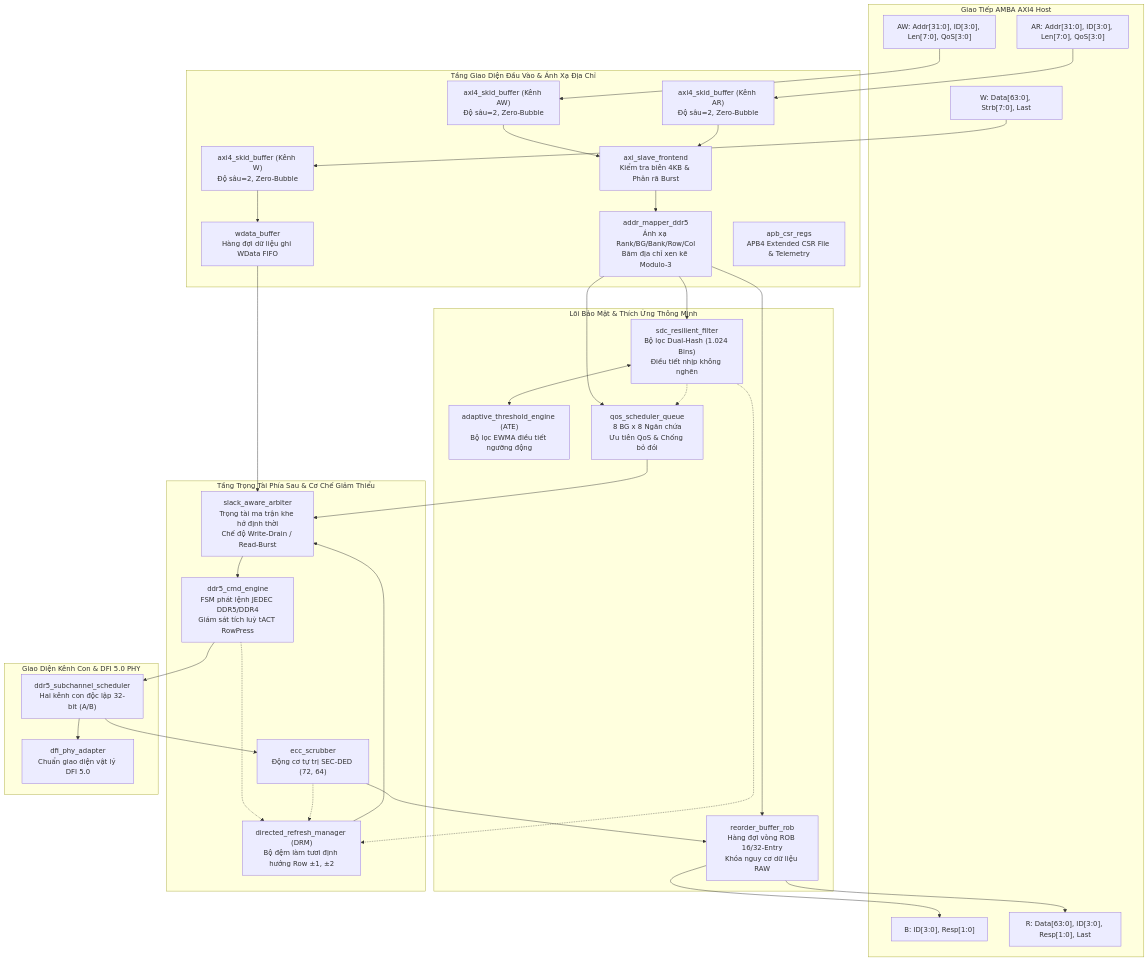
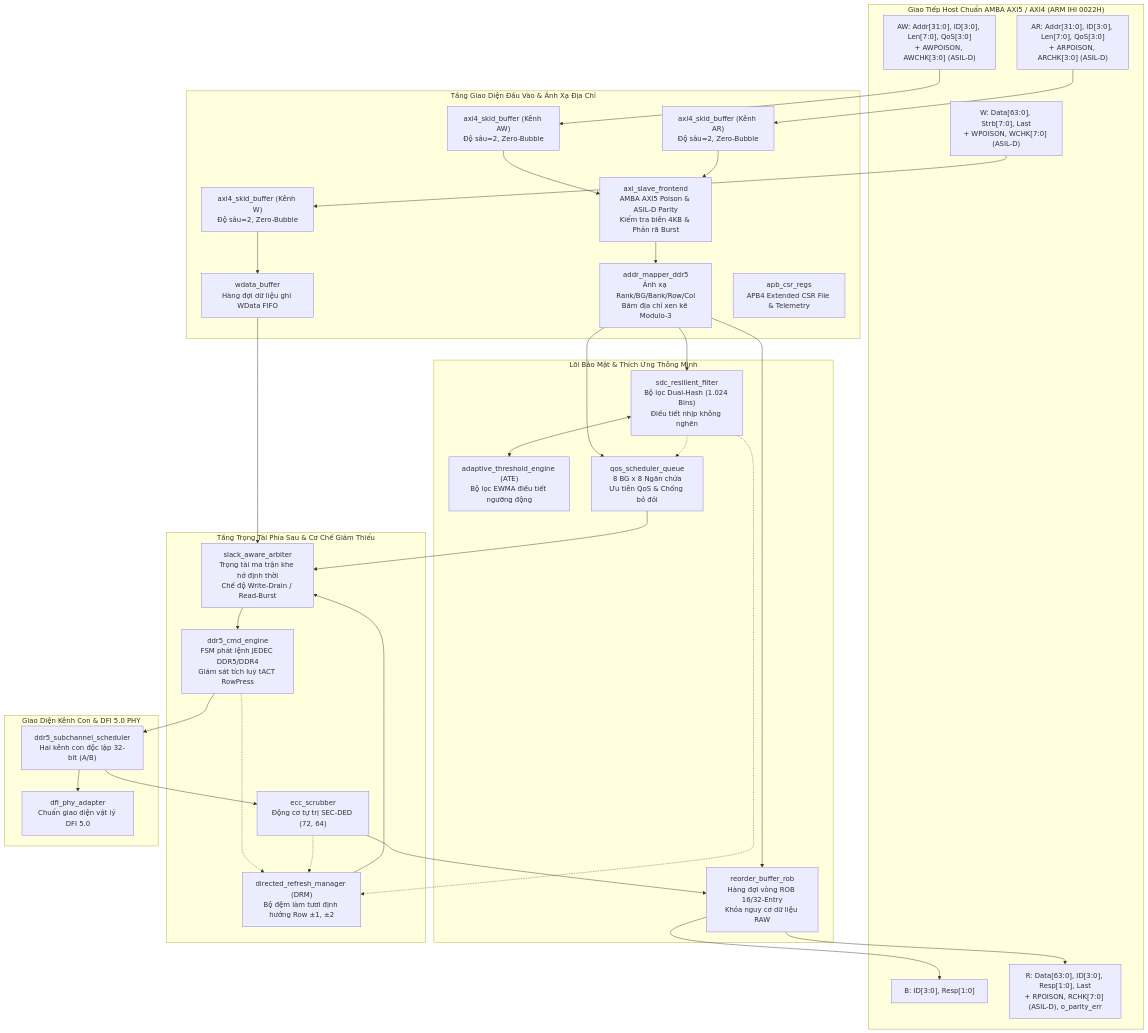
Before and after one commit to quachtuanthanh80-arch/DRAM: the first of 2 diagrams in README.md, drawn with Mermaid. The commit also changed other lines of this file and 1 other file, not shown here.

Commit message:
docs: upgrade host protocol to AMBA AXI5/AXI4 with ASIL-D parity and fix KaTeX rendering on GitHub

````diff
--- a/README.md
+++ b/README.md
@@ -32,68 +34,68 @@
 ```mermaid
 flowchart TD
-    subgraph AXI4_Interface ["Giao Tiếp AMBA AXI4 Host"]
-        AW["AW: Addr[31:0], ID[3:0], Len[7:0], QoS[3:0]"]
-        W["W: Data[63:0], Strb[7:0], Last"]
+    subgraph AXI5_Interface ["Giao Tiếp Host Chuẩn AMBA AXI5 / AXI4 (ARM IHI 0022H)"]
+        AW["AW: Addr[31:0], ID[3:0], Len[7:0], QoS[3:0]<br/>+ AWPOISON, AWCHK[3:0] (ASIL-D)"]
+        W["W: Data[63:0], Strb[7:0], Last<br/>+ WPOISON, WCHK[7:0] (ASIL-D)"]
         B["B: ID[3:0], Resp[1:0]"]
-        AR["AR: Addr[31:0], ID[3:0], Len[7:0], QoS[3:0]"]
-        R["R: Data[63:0], ID[3:0], Resp[1:0], Last"]
+        AR["AR: Addr[31:0], ID[3:0], Len[7:0], QoS[3:0]<br/>+ ARPOISON, ARCHK[3:0] (ASIL-D)"]
+        R["R: Data[63:0], ID[3:0], Resp[1:0], Last<br/>+ RPOISON, RCHK[7:0] (ASIL-D), o_parity_err"]
     end
 
     subgraph Frontend_Stage ["Tầng Giao Diện Đầu Vào & Ánh Xạ Địa Chỉ"]
         SKID_AW["axi4_skid_buffer (Kênh AW)<br/>Độ sâu=2, Zero-Bubble"]
         SKID_AR["axi4_skid_buffer (Kênh AR)<br/>Độ sâu=2, Zero-Bubble"]
         SKID_W["axi4_skid_buffer (Kênh W)<br/>Độ sâu=2, Zero-Bubble"]
-        FE["axi_slave_frontend<br/>Kiểm tra biên 4KB & Phân rã Burst"]
+        FE["axi_slave_frontend<br/>AMBA AXI5 Poison & ASIL-D Parity<br/>Kiểm tra biên 4KB & Phân rã Burst"]
         WBUF["wdata_buffer<br/>Hàng đợi dữ liệu ghi WData FIFO"]
         MAPPER["addr_mapper_ddr5<br/>Ánh xạ Rank/BG/Bank/Row/Col<br/>Băm địa chỉ xen kẽ Modulo-3"]
         CSR["apb_csr_regs<br/>APB4 Extended CSR File & Telemetry"]
     end
 
     subgraph Core_Engine ["Lõi Bảo Mật & Thích Ứng Thông Minh"]
         SDC["sdc_resilient_filter<br/>Bộ lọc Dual-Hash (1.024 Bins)<br/>Điều tiết nhịp không nghẽn"]
         ATE["adaptive_threshold_engine (ATE)<br/>Bộ lọc EWMA điều tiết ngưỡng động"]
         QOS["qos_scheduler_queue<br/>8 BG x 8 Ngăn chứa<br/>Ưu tiên QoS & Chống bỏ đói"]
         ROB["reorder_buffer_rob<br/>Hàng đợi vòng ROB 16/32-Entry<br/>Khóa nguy cơ dữ liệu RAW"]
     end
 
     subgraph Backend_Stage ["Tầng Trọng Tài Phía Sau & Cơ Chế Giảm Thiểu"]
         ARB["slack_aware_arbiter<br/>Trọng tài ma trận khe hở định thời<br/>Chế độ Write-Drain / Read-Burst"]
         DRM["directed_refresh_manager (DRM)<br/>Bộ đệm làm tươi định hướng Row ±1, ±2"]
         ENGINE["ddr5_cmd_engine<br/>FSM phát lệnh JEDEC DDR5/DDR4<br/>Giám sát tích luỹ tACT RowPress"]
         ECC["ecc_scrubber<br/>Động cơ tự trị SEC-DED (72, 64)"]
     end
 
     subgraph Memory_PHY ["Giao Diện Kênh Con & DFI 5.0 PHY"]
         SCHED["ddr5_subchannel_scheduler<br/>Hai kênh con độc lập 32-bit (A/B)"]
         DFI["dfi_phy_adapter<br/>Chuẩn giao diện vật lý DFI 5.0"]
     end
 
     AW --> SKID_AW
     SKID_AW --> FE
     AR --> SKID_AR
     SKID_AR --> FE
     W --> SKID_W
     SKID_W --> WBUF
 
     FE --> MAPPER
     MAPPER --> SDC
     MAPPER --> QOS
     MAPPER --> ROB
     WBUF --> ARB
 
     SDC -.-> QOS
     SDC <--> ATE
     SDC -.-> DRM
     ENGINE -.-> DRM
     ECC -.-> DRM
 
     DRM --> ARB
     QOS --> ARB
     ARB --> ENGINE
     ENGINE --> SCHED
     SCHED --> DFI
     SCHED --> ECC
     ECC --> ROB
     ROB --> R
     ROB --> B
 ```
````
